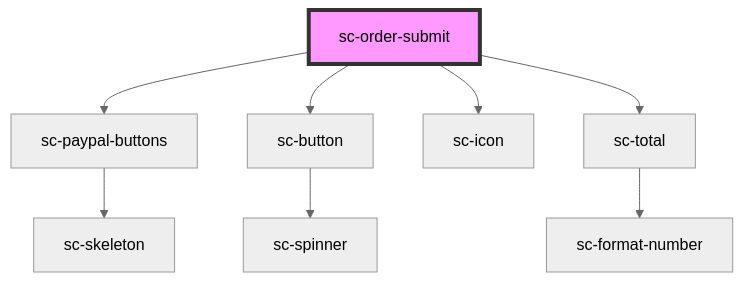
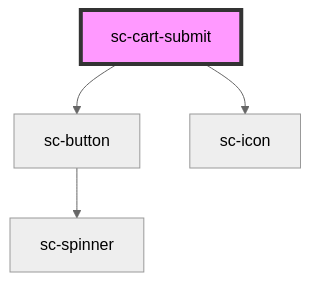
Before and after one commit to surecart/surecart-wp-plugin: the diagram in packages/components/src/components/controllers/cart/cart-submit/readme.md, drawn with Mermaid (neutral theme). The commit also changed other lines of this file and 88 other files, not shown here.

````diff
--- a/packages/components/src/components/controllers/cart/cart-submit/readme.md
+++ b/packages/components/src/components/controllers/cart/cart-submit/readme.md
@@ -37,11 +27,7 @@
 ```mermaid
 graph TD;
-  sc-order-submit --> sc-paypal-buttons
-  sc-order-submit --> sc-button
-  sc-order-submit --> sc-icon
-  sc-order-submit --> sc-total
-  sc-paypal-buttons --> sc-skeleton
+  sc-cart-submit --> sc-button
+  sc-cart-submit --> sc-icon
   sc-button --> sc-spinner
-  sc-total --> sc-format-number
-  style sc-order-submit fill:#f9f,stroke:#333,stroke-width:4px
+  style sc-cart-submit fill:#f9f,stroke:#333,stroke-width:4px
 ```
````
